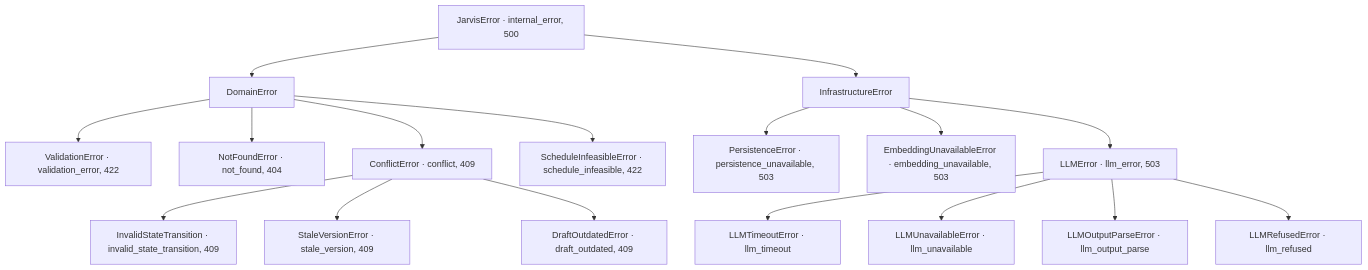
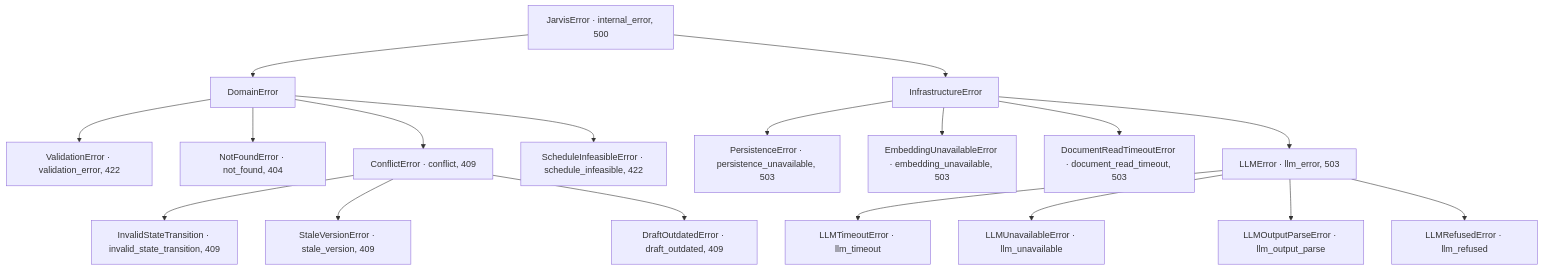
One commit to HackHeroic/Jarvis-Engine changed the first of 2 diagrams in docs/capstone/09-error-handling.md. Above: the diagram before and after it, drawn with Mermaid. The commit also changed other lines of this file and 12 other files, not shown here.

````diff
--- a/docs/capstone/09-error-handling.md
+++ b/docs/capstone/09-error-handling.md
@@ -13,36 +13,38 @@
 ```mermaid
 flowchart TB
     JE["JarvisError · internal_error, 500"]
     DE["DomainError"]
     IE["InfrastructureError"]
     VE["ValidationError · validation_error, 422"]
     NF["NotFoundError · not_found, 404"]
     CE["ConflictError · conflict, 409"]
     IST["InvalidStateTransition · invalid_state_transition, 409"]
     SV["StaleVersionError · stale_version, 409"]
     DO["DraftOutdatedError · draft_outdated, 409"]
     SI["ScheduleInfeasibleError · schedule_infeasible, 422"]
     PE["PersistenceError · persistence_unavailable, 503"]
     EU["EmbeddingUnavailableError · embedding_unavailable, 503"]
+    DR["DocumentReadTimeoutError · document_read_timeout, 503"]
     LE["LLMError · llm_error, 503"]
     LT["LLMTimeoutError · llm_timeout"]
     LU["LLMUnavailableError · llm_unavailable"]
     LP["LLMOutputParseError · llm_output_parse"]
     LR["LLMRefusedError · llm_refused"]
     JE --> DE
     JE --> IE
     DE --> VE
     DE --> NF
     DE --> CE
     CE --> IST
     CE --> SV
     CE --> DO
     DE --> SI
     IE --> PE
     IE --> EU
+    IE --> DR
     IE --> LE
     LE --> LT
     LE --> LU
     LE --> LP
     LE --> LR
 ```
````
